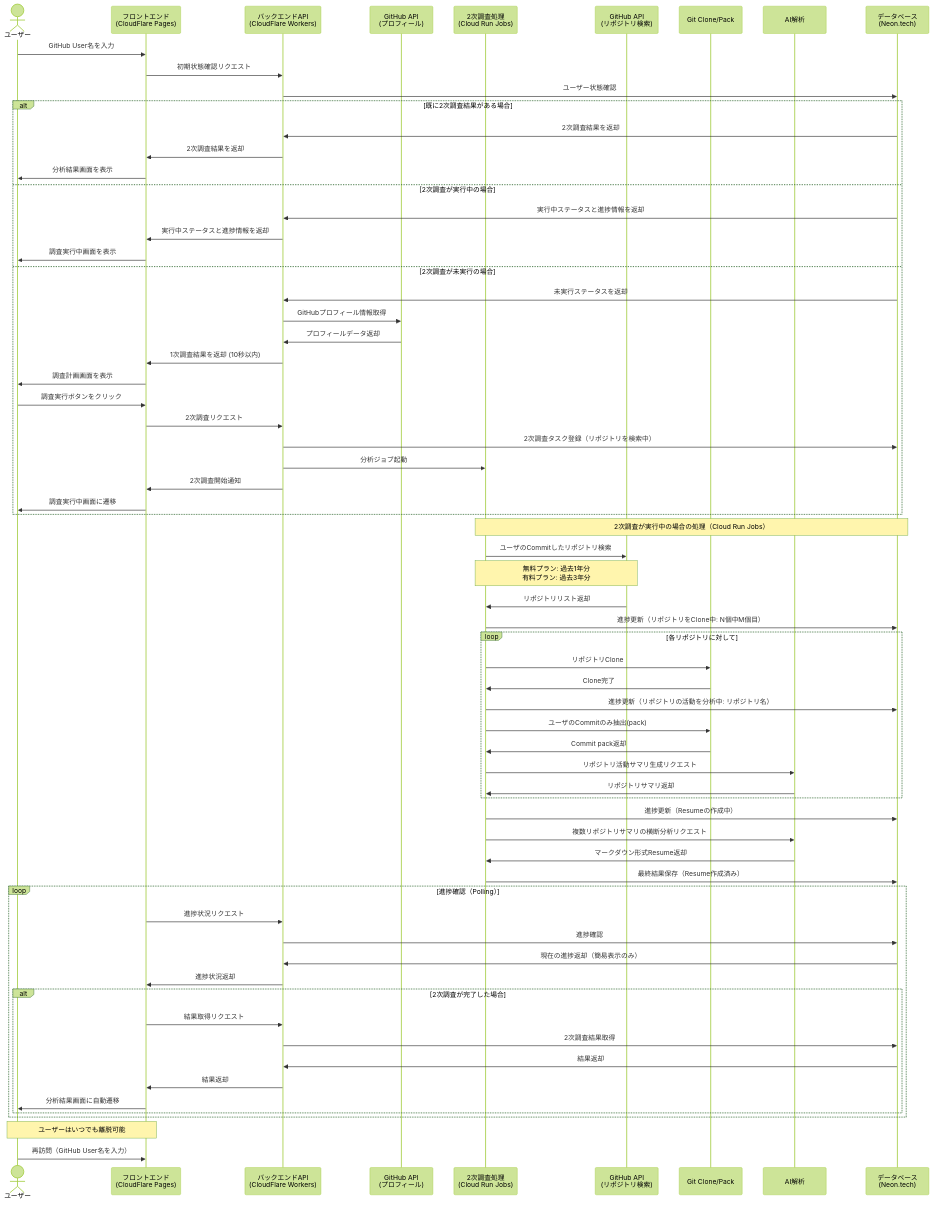
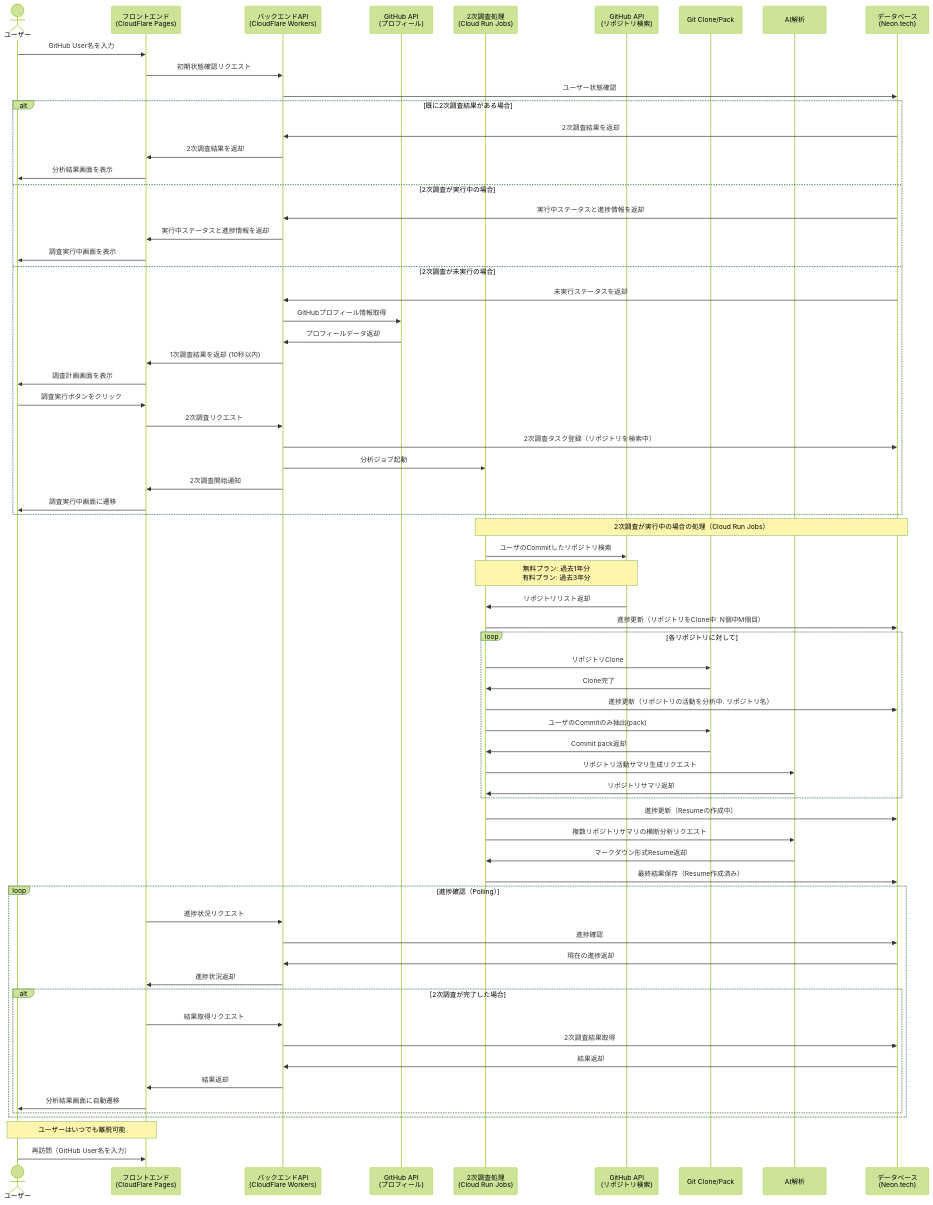
The diagram in docs/epic/deep-research-architecture-and-design/ARCHITECTURE.md (ToyB0x/git-resume), drawn with Mermaid (forest theme) before and after one commit. The commit also changed other lines of this file, not shown here.

Commit message:
feat: refine architecture documentation to clarify progress state management and user display

```diff
--- a/docs/epic/deep-research-architecture-and-design/ARCHITECTURE.md
+++ b/docs/epic/deep-research-architecture-and-design/ARCHITECTURE.md
@@ -244,7 +243,7 @@
     loop 進捗確認（Polling）
         FE->>BE: 進捗状況リクエスト
         BE->>DB: 進捗確認
-        DB->>BE: 現在の進捗返却（簡易表示のみ）
+        DB->>BE: 現在の進捗返却
         BE->>FE: 進捗状況返却
         
         alt 2次調査が完了した場合
```
